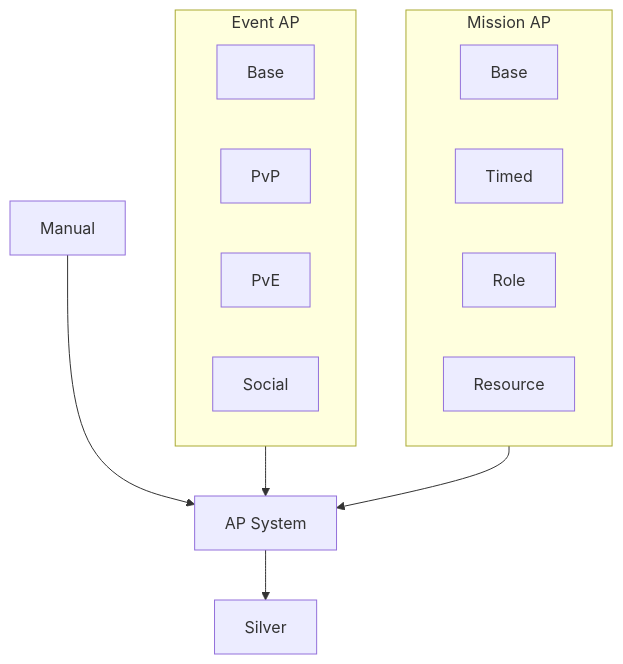
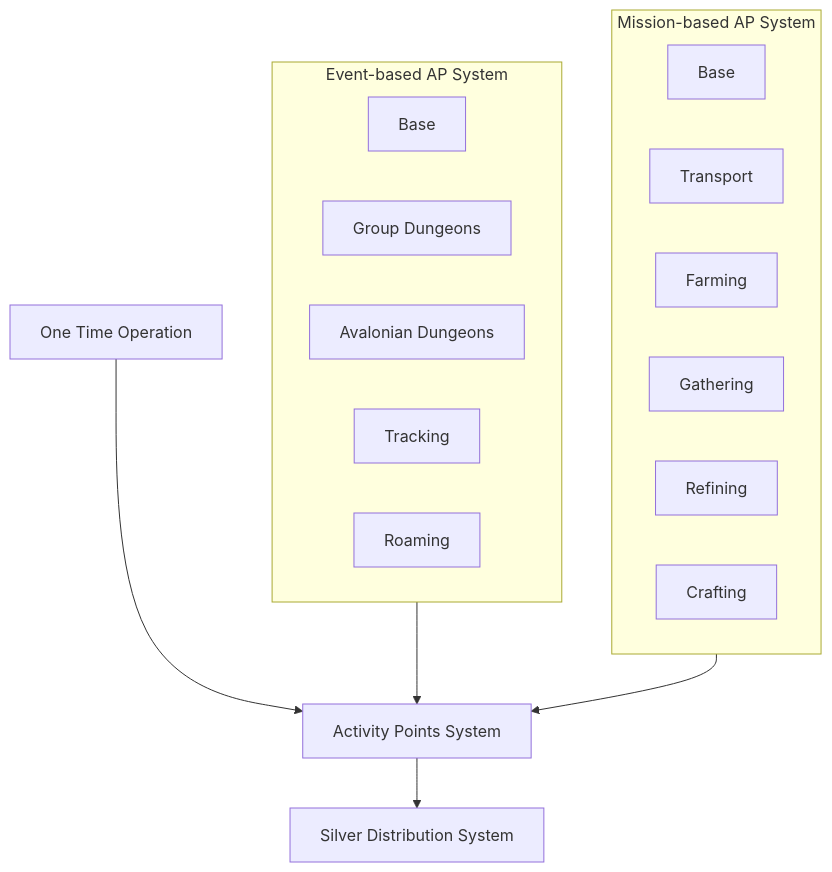
One commit to ctse2k1/sfl-public-projects changed the diagram in new_point_system_option_a.md. Above: the diagram before and after it, drawn with Mermaid.

Commit message:
Update new_point_system_option_a.md
Updated diagrams

````diff
--- a/new_point_system_option_a.md
+++ b/new_point_system_option_a.md
@@ -29,21 +29,24 @@
 ```mermaid
 flowchart TD
-    subgraph EventSystem[Event AP]
+    subgraph EventSystem[Event-based AP System]
         BaseEvent[Base]
-        PvP[PvP]
-        PvE[PvE]
-        Social[Social]
+        GroupDungeonsEvent[Group Dungeons]
+        AvalonianDungeonsEvent[Avalonian Dungeons]
+        TrackingEvent[Tracking]
+        RoamingEvent[Roaming]
     end
 
-    subgraph MissionSystem[Mission AP]
+    subgraph MissionSystem[Mission-based AP System]
         BaseMission[Base]
-        Timed[Timed]
-        Role[Role]
-        Resource[Resource]
+        TransportMission[Transport]
+        FarmingMission[Farming]
+        GatheringMission[Gathering]
+        RefiningMission[Refining]
+        CraftingMission[Crafting]
     end
 
-    EventSystem --> APSystem[AP System]
+    EventSystem --> APSystem[Activity Points System]
     MissionSystem --> APSystem
-    APSystem --> Silver[Silver]
-    Manual[Manual] --> APSystem
+    APSystem --> SilverSystem[Silver Distribution System]
+    Manual[One Time Operation] --> APSystem
 ```
````
